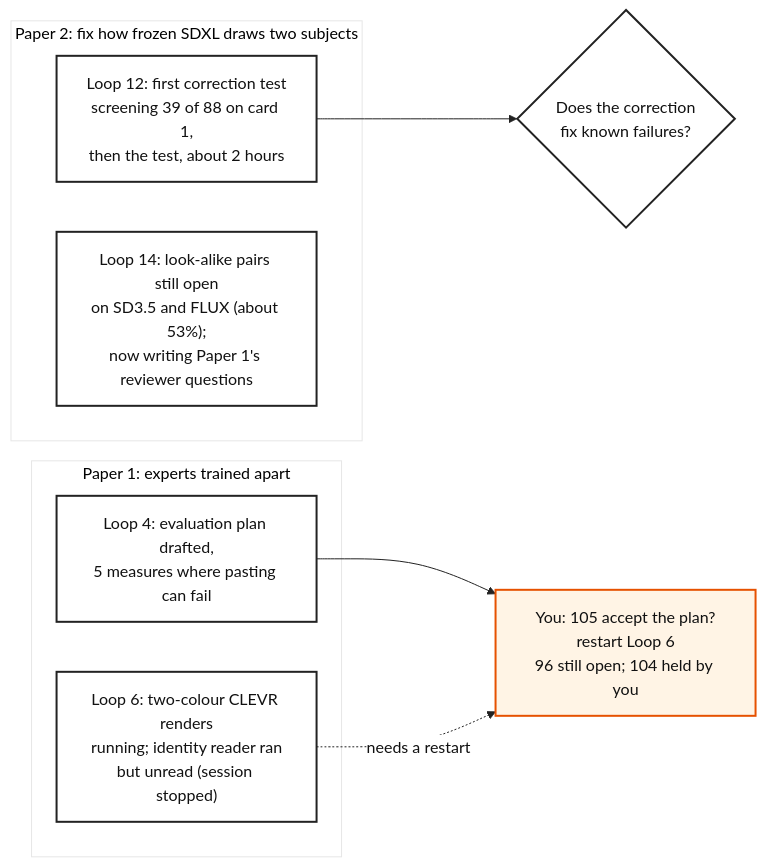
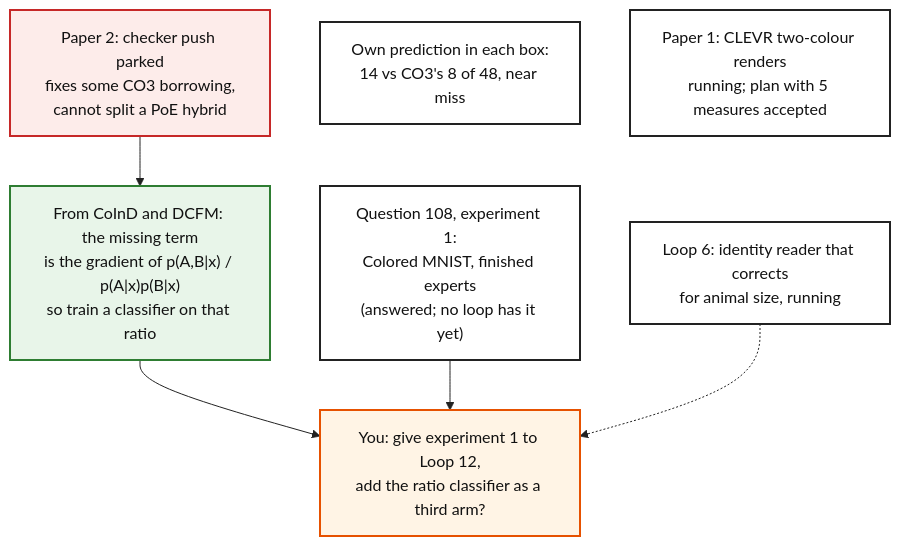
One commit to mo-rsa24/concept-composition changed the diagram in artifacts/notes/progress/manager/briefing/where-we-are.mmd. Above: the diagram before and after it, drawn with Mermaid. The commit also changed 2 other files, not shown here.

Commit message:
Manager: briefing rewritten on 'updates' after Z8 and the DCFM reading

```diff
--- a/artifacts/notes/progress/manager/briefing/where-we-are.mmd
+++ b/artifacts/notes/progress/manager/briefing/where-we-are.mmd
@@ -1,16 +1,17 @@
 %%{init: {'theme': 'base', 'themeVariables': {'fontFamily': 'monospace', 'primaryColor': '#ffffff', 'primaryBorderColor': '#222222', 'primaryTextColor': '#111111', 'lineColor': '#222222'}}}%%
-flowchart LR
+flowchart TB
 classDef plain fill:#ffffff,stroke:#222222,stroke-width:2px,color:#111111
+classDef stop fill:#fdecea,stroke:#c62828,stroke-width:2px,color:#111111
+classDef hope fill:#e8f5e9,stroke:#2e7d32,stroke-width:2px,color:#111111
 classDef you fill:#fff4e5,stroke:#e65100,stroke-width:2px,color:#111111
-subgraph P2["Paper 2: fix how frozen SDXL draws two subjects"]
-  L12["Loop 12: first correction test<br/>screening 39 of 88 on card 1,<br/>then the test, about 2 hours"]:::plain
-  L14["Loop 14: look-alike pairs still open<br/>on SD3.5 and FLUX (about 53%);<br/>now writing Paper 1's reviewer questions"]:::plain
-end
-subgraph P1["Paper 1: experts trained apart"]
-  L6["Loop 6: two-colour CLEVR renders<br/>running; identity reader ran<br/>but unread (session stopped)"]:::plain
-  L4["Loop 4: evaluation plan drafted,<br/>5 measures where pasting can fail"]:::plain
-end
-Y["You: 105 accept the plan?<br/>restart Loop 6<br/>96 still open; 104 held by you"]:::you
-L4 --> Y
-L6 -.->|"needs a restart"| Y
-L12 --> R{"Does the correction<br/>fix known failures?"}:::plain
+Z8["Paper 2: checker push parked<br/>fixes some CO3 borrowing,<br/>cannot split a PoE hybrid"]:::stop
+Z7["Own prediction in each box:<br/>14 vs CO3's 8 of 48, near miss"]:::plain
+M12["Loop 6: identity reader that corrects<br/>for animal size, running"]:::plain
+EQ["From CoInD and DCFM: the missing term<br/>is the gradient of p(A,B|x) / p(A|x)p(B|x)<br/>so train a classifier on that ratio"]:::hope
+E1["Question 108, experiment 1:<br/>Colored MNIST, finished experts<br/>(answered; no loop has it yet)"]:::plain
+P1["Paper 1: CLEVR two-colour renders<br/>running; plan with 5 measures accepted"]:::plain
+Y["You: give experiment 1 to Loop 12,<br/>add the ratio classifier as a third arm?"]:::you
+Z8 --> EQ
+EQ --> Y
+E1 --> Y
+M12 -.-> Y
```
